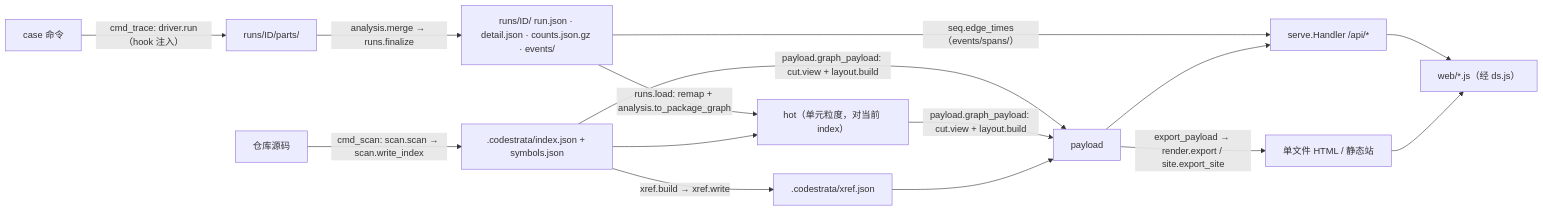
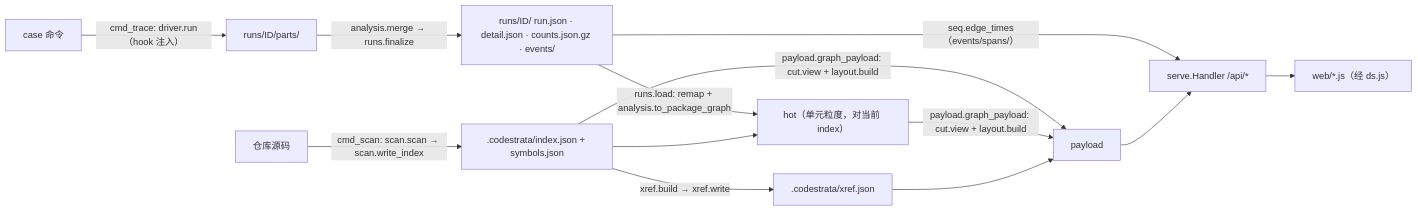
One commit to noviorlu/codestrata changed the diagram in docs/ARCHITECTURE.md. Above: the diagram before and after it, drawn with Mermaid. The commit also changed other lines of this file and 19 other files, not shown here.

First line of the commit message:
Remove export and sharing (graph command, single-file HTML, static site, --public)

````diff
--- a/docs/ARCHITECTURE.md
+++ b/docs/ARCHITECTURE.md
@@ -41,16 +41,14 @@
 ```mermaid
 flowchart LR
   SRC["仓库源码"] -->|"cmd_scan: scan.scan → scan.write_index"| IDX[".codestrata/index.json + symbols.json"]
   IDX -->|"xref.build → xref.write"| XR[".codestrata/xref.json"]
   CMD["case 命令"] -->|"cmd_trace: driver.run（hook 注入）"| PARTS["runs/ID/parts/"]
   PARTS -->|"analysis.merge → runs.finalize"| RUN["runs/ID/ run.json · detail.json · counts.json.gz · events/"]
   RUN -->|"runs.load: remap + analysis.to_package_graph"| HOT["hot（单元粒度，对当前 index）"]
   IDX --> HOT
   IDX & HOT -->|"payload.graph_payload: cut.view + layout.build"| PL["payload"]
   XR --> PL
   RUN -->|"seq.edge_times（events/spans/）"| API
   PL --> API["serve.Handler /api/*"]
-  PL -->|"export_payload → render.export / site.export_site"| FILE["单文件 HTML / 静态站"]
   API --> WEB["web/*.js（经 ds.js）"]
-  FILE --> WEB
 ```
````
